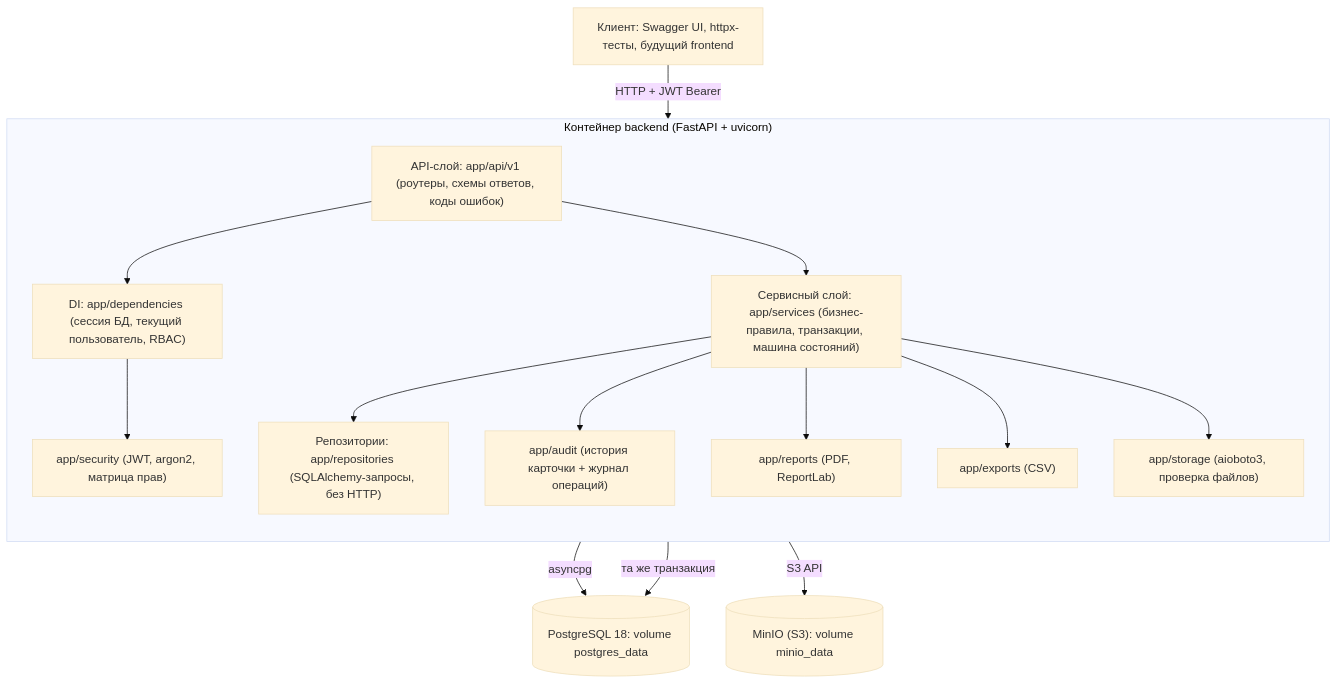
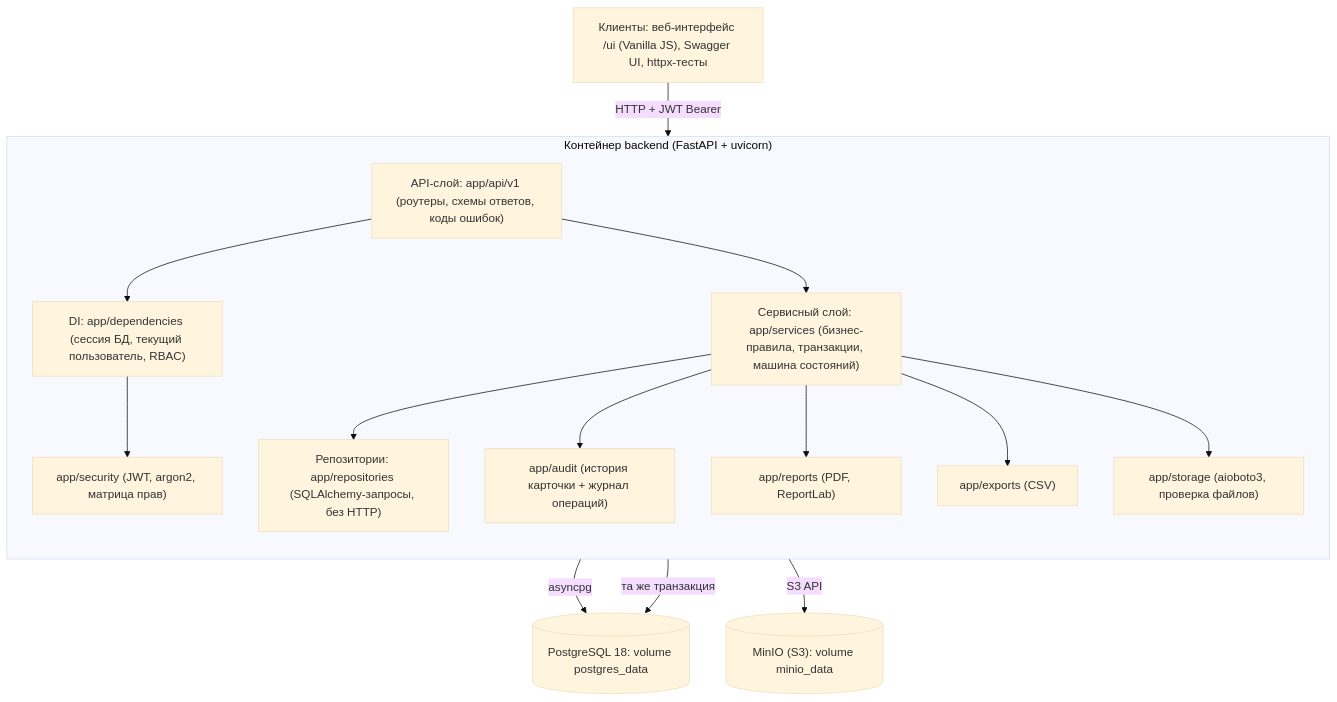
Before and after one commit to AsIcK0/TRPO_KP: the first of 3 diagrams in docs/architecture.md, drawn with Mermaid (base theme). The commit also changed other lines of this file and 10 other files, not shown here.

````diff
--- a/docs/architecture.md
+++ b/docs/architecture.md
@@ -7,33 +7,33 @@
 ```mermaid
 flowchart TB
-    client["Клиент: Swagger UI, httpx-тесты, будущий frontend"]
+    client["Клиенты: веб-интерфейс /ui (Vanilla JS), Swagger UI, httpx-тесты"]
 
     subgraph backend["Контейнер backend (FastAPI + uvicorn)"]
         direction TB
         api["API-слой: app/api/v1 (роутеры, схемы ответов, коды ошибок)"]
         deps["DI: app/dependencies (сессия БД, текущий пользователь, RBAC)"]
         svc["Сервисный слой: app/services (бизнес-правила, транзакции, машина состояний)"]
         repo["Репозитории: app/repositories (SQLAlchemy-запросы, без HTTP)"]
         audit["app/audit (история карточки + журнал операций)"]
         reports["app/reports (PDF, ReportLab)"]
         exports["app/exports (CSV)"]
         storage["app/storage (aioboto3, проверка файлов)"]
         security["app/security (JWT, argon2, матрица прав)"]
     end
 
     pg[("PostgreSQL 18: volume postgres_data")]
     minio[("MinIO (S3): volume minio_data")]
 
     client -->|"HTTP + JWT Bearer"| api
     api --> deps
     deps --> security
     api --> svc
     svc --> repo
     svc --> audit
     svc --> reports
     svc --> exports
     svc --> storage
     repo -->|asyncpg| pg
     audit -->|"та же транзакция"| pg
     storage -->|"S3 API"| minio
 ```
````
